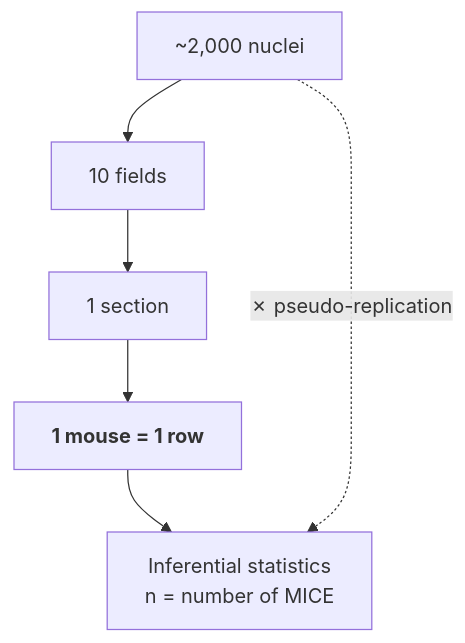
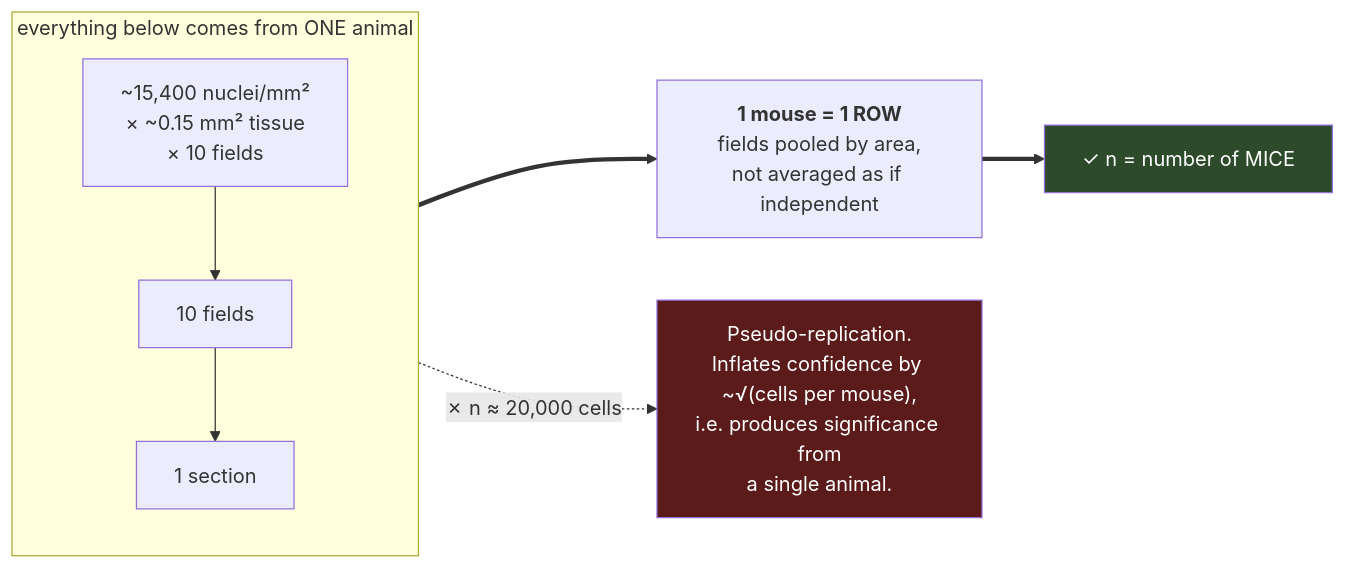
One commit to xorca0711/IFQuant-Lung changed the third of 8 diagrams in WORKFLOW.md. Above: the diagram before and after it, drawn with Mermaid. The commit also changed other lines of this file, not shown here.

````diff
--- a/WORKFLOW.md
+++ b/WORKFLOW.md
@@ -88,6 +106,13 @@
 ```mermaid
-flowchart TD
-    N["~2,000 nuclei"] --> F["10 fields"] --> S["1 section"] --> M["<b>1 mouse = 1 row</b>"]
-    M --> ST["Inferential statistics<br/>n = number of MICE"]
-    N -.->|"✗ pseudo-replication"| ST
+flowchart LR
+    subgraph ONE["everything below comes from ONE animal"]
+        direction TB
+        N["~15,400 nuclei/mm²<br/>× ~0.15 mm² tissue<br/>× 10 fields"] --> F["10 fields"]
+        F --> S["1 section"]
+    end
+    S ==> M["<b>1 mouse = 1 ROW</b><br/>fields pooled by area,<br/>not averaged as if independent"]
+    M ==> OK["✓ n = number of MICE"]
+    ONE -.->|"✗ n ≈ 20,000 cells"| WRONG["Pseudo-replication.<br/>Inflates confidence by ~√(cells per mouse),<br/>i.e. produces significance from<br/>a single animal."]
+    style OK fill:#2d4a2b,color:#fff
+    style WRONG fill:#5c1b1b,color:#fff
 ```
````
